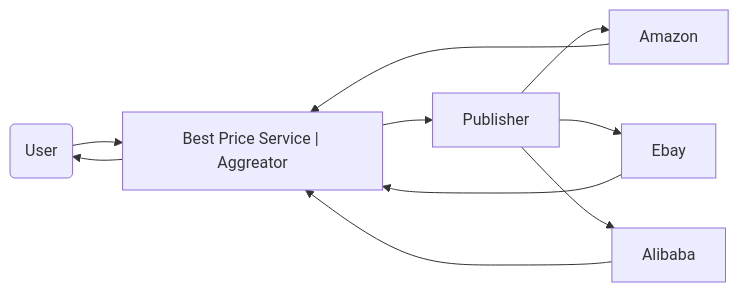
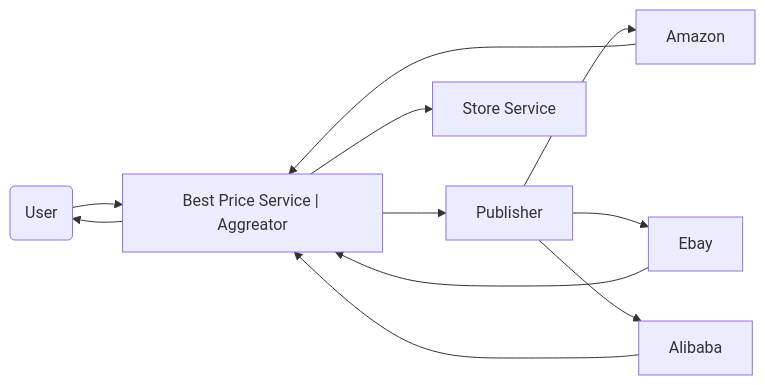
The first of 2 diagrams in README.md (cmauri75/saga), drawn with Mermaid before and after one commit. The commit also changed other lines of this file and 20 other files, not shown here.

First line of the commit message:
Add store-service

````diff
--- a/README.md
+++ b/README.md
@@ -8,13 +8,14 @@
 ```mermaid
 graph LR
     A(User) 
     --> B["Best Price Service | Aggreator"]
     --> C[Publisher] 
     -->  X1[Amazon]
     C --> X2[Ebay]
     C --> X3[Alibaba]
     B --> A
     X1 --> B
     X2 --> B
     X3 --> B
+    B --> S[Store Service]
 ```
````
